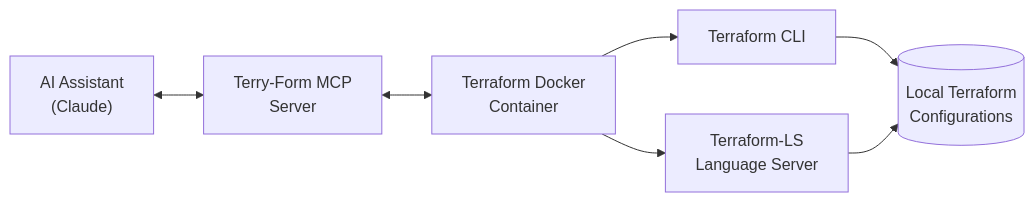
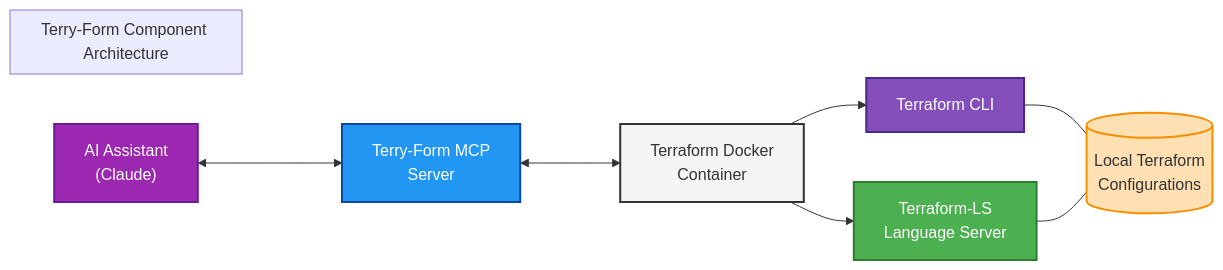
The first of 3 diagrams in README.md (aj-geddes/terry-form-mcp), drawn with Mermaid before and after one commit. The commit also changed other lines of this file, not shown here.

````diff
--- a/README.md
+++ b/README.md
@@ -20,9 +20,30 @@
 ```mermaid
 flowchart LR
-    Claude["AI Assistant\n(Claude)"] <--> MCP["Terry-Form MCP\nServer"]
-    MCP <--> Container["Terraform Docker\nContainer"]
-    Container --> TF["Terraform CLI"]
-    Container --> TFLS["Terraform-LS\nLanguage Server"]
-    TF --> LocalTF[("Local Terraform\nConfigurations")]
-    TFLS --> LocalTF
+    %% Define nodes with improved styling
+    Claude["AI Assistant\n(Claude)"]:::claude
+    MCP["Terry-Form MCP\nServer"]:::server
+    Container["Terraform Docker\nContainer"]:::container
+    TF["Terraform CLI"]:::terraform
+    TFLS["Terraform-LS\nLanguage Server"]:::lsp
+    LocalTF[("Local Terraform\nConfigurations")]:::files
+    
+    %% Define connections
+    Claude <---> MCP
+    MCP <---> Container
+    Container --> TF
+    Container --> TFLS
+    TF --- LocalTF
+    TFLS --- LocalTF
+    
+    %% Define styles
+    classDef claude fill:#9C27B0,stroke:#6A1B9A,color:#FFFFFF,stroke-width:2px
+    classDef server fill:#2196F3,stroke:#0D47A1,color:#FFFFFF,stroke-width:2px
+    classDef container fill:#F5F5F5,stroke:#333333,stroke-width:2px
+    classDef terraform fill:#844FBA,stroke:#4C2889,color:#FFFFFF,stroke-width:2px
+    classDef lsp fill:#4CAF50,stroke:#2E7D32,color:#FFFFFF,stroke-width:2px
+    classDef files fill:#FFE0B2,stroke:#FB8C00,stroke-width:2px
+
+    %% Add a title
+    subgraph Terry-Form Component Architecture
+    end
 ```
````
